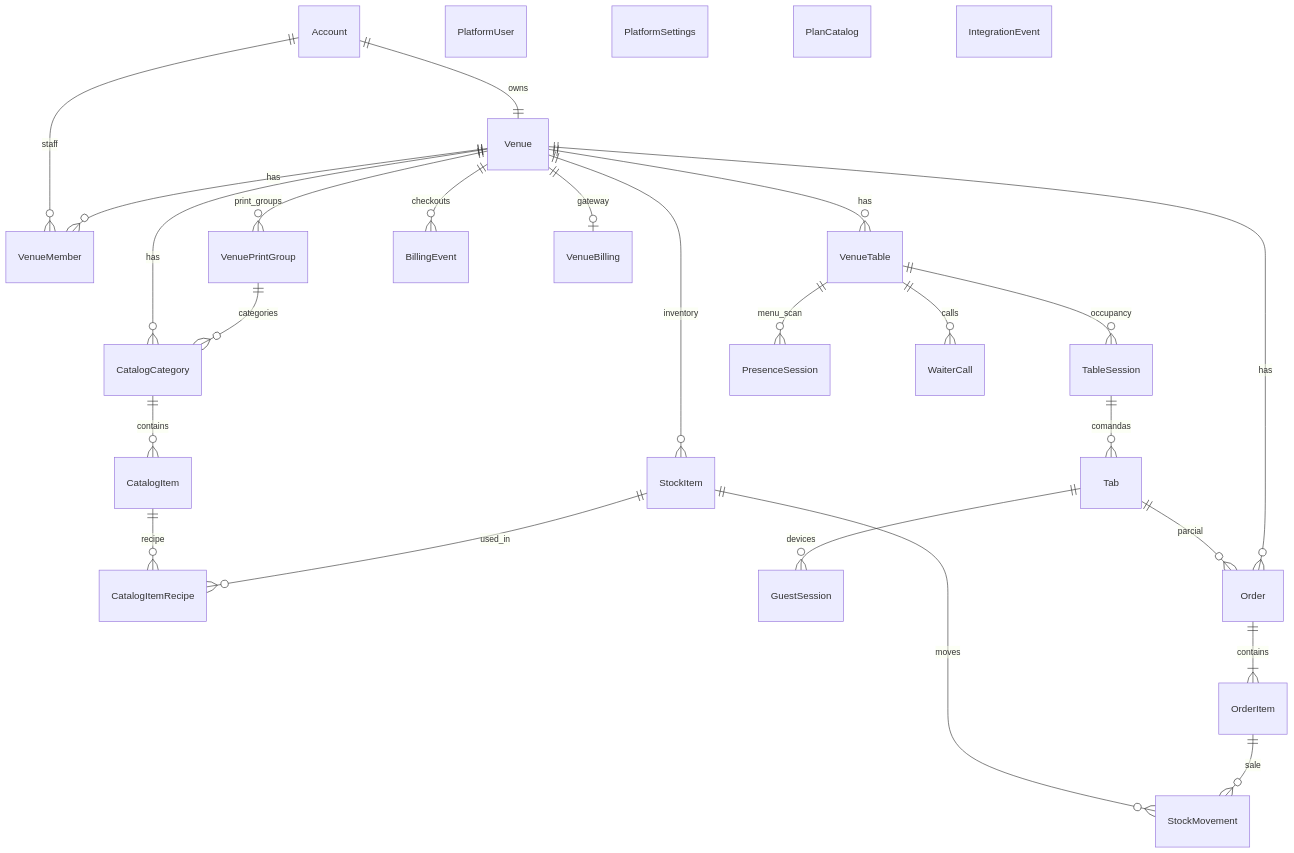
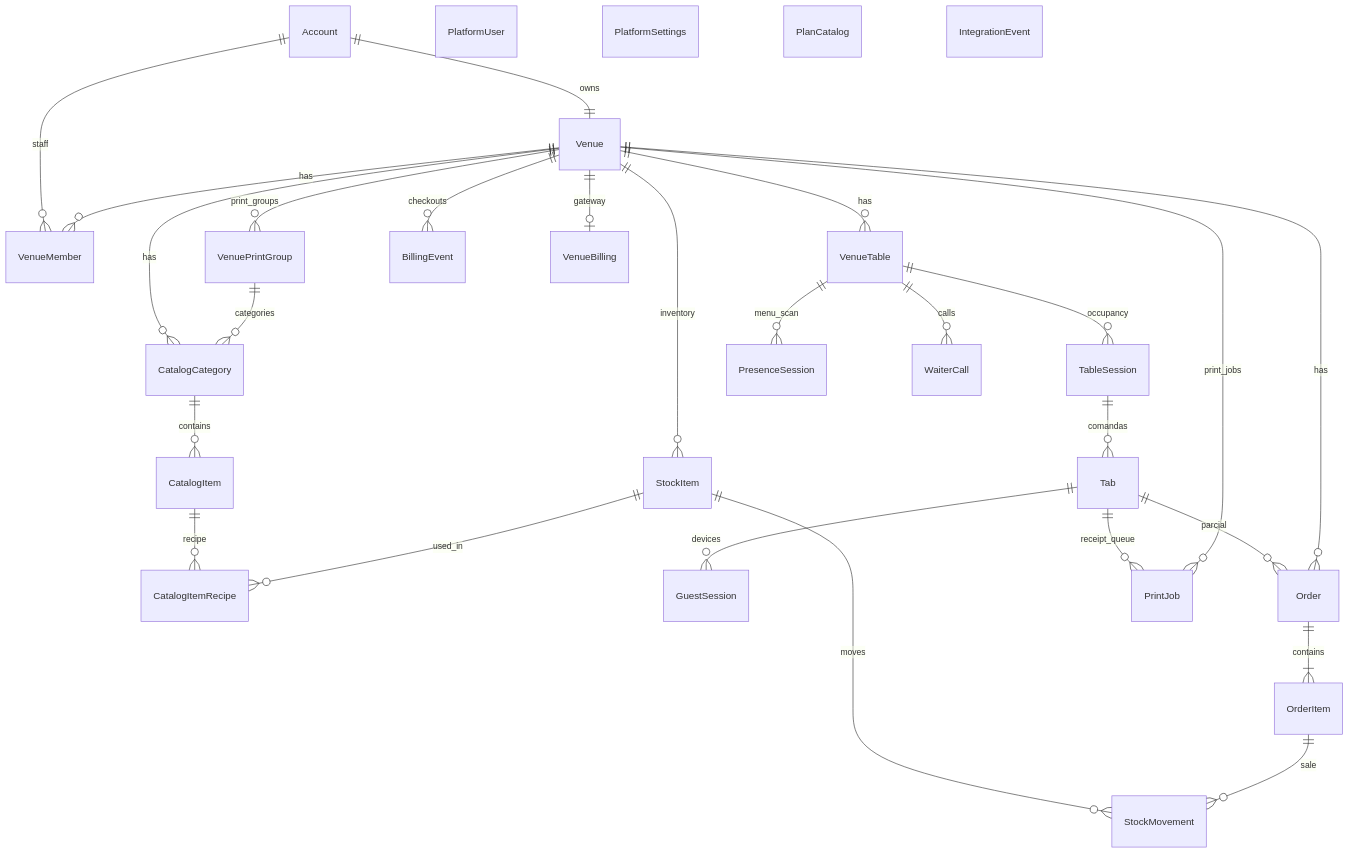
Before and after one commit to filiperamosds/eaimesa-frontend: the diagram in docs/data/schema.md, drawn with Mermaid. The commit also changed other lines of this file and 14 other files, not shown here.

````diff
--- a/docs/data/schema.md
+++ b/docs/data/schema.md
@@ -305,30 +309,32 @@
 ```mermaid
 erDiagram
   Account ||--|| Venue : owns
   Account ||--o{ VenueMember : staff
   Venue ||--o{ VenueMember : has
   Venue ||--o{ CatalogCategory : has
   Venue ||--o{ VenuePrintGroup : print_groups
   VenuePrintGroup ||--o{ CatalogCategory : categories
   CatalogCategory ||--o{ CatalogItem : contains
   CatalogItem ||--o{ CatalogItemRecipe : recipe
   Venue ||--o{ StockItem : inventory
   StockItem ||--o{ CatalogItemRecipe : used_in
   StockItem ||--o{ StockMovement : moves
   OrderItem ||--o{ StockMovement : sale
   Venue ||--o{ VenueTable : has
   VenueTable ||--o{ TableSession : occupancy
   VenueTable ||--o{ PresenceSession : menu_scan
   VenueTable ||--o{ WaiterCall : calls
   TableSession ||--o{ Tab : comandas
   Tab ||--o{ GuestSession : devices
   Tab ||--o{ Order : parcial
+  Tab ||--o{ PrintJob : receipt_queue
+  Venue ||--o{ PrintJob : print_jobs
   Venue ||--o{ Order : has
   Venue ||--o{ BillingEvent : checkouts
   Venue ||--o| VenueBilling : gateway
   Order ||--|{ OrderItem : contains
   PlatformUser
   PlatformSettings
   PlanCatalog
   IntegrationEvent
 ```
````
